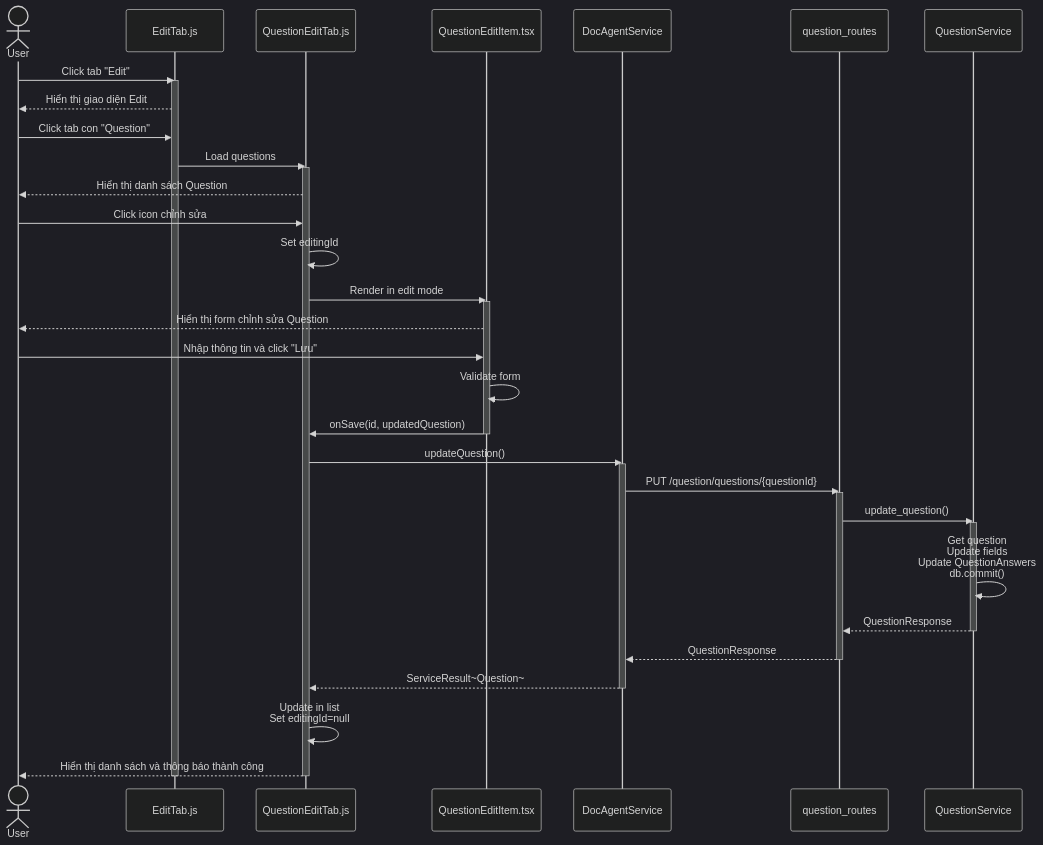
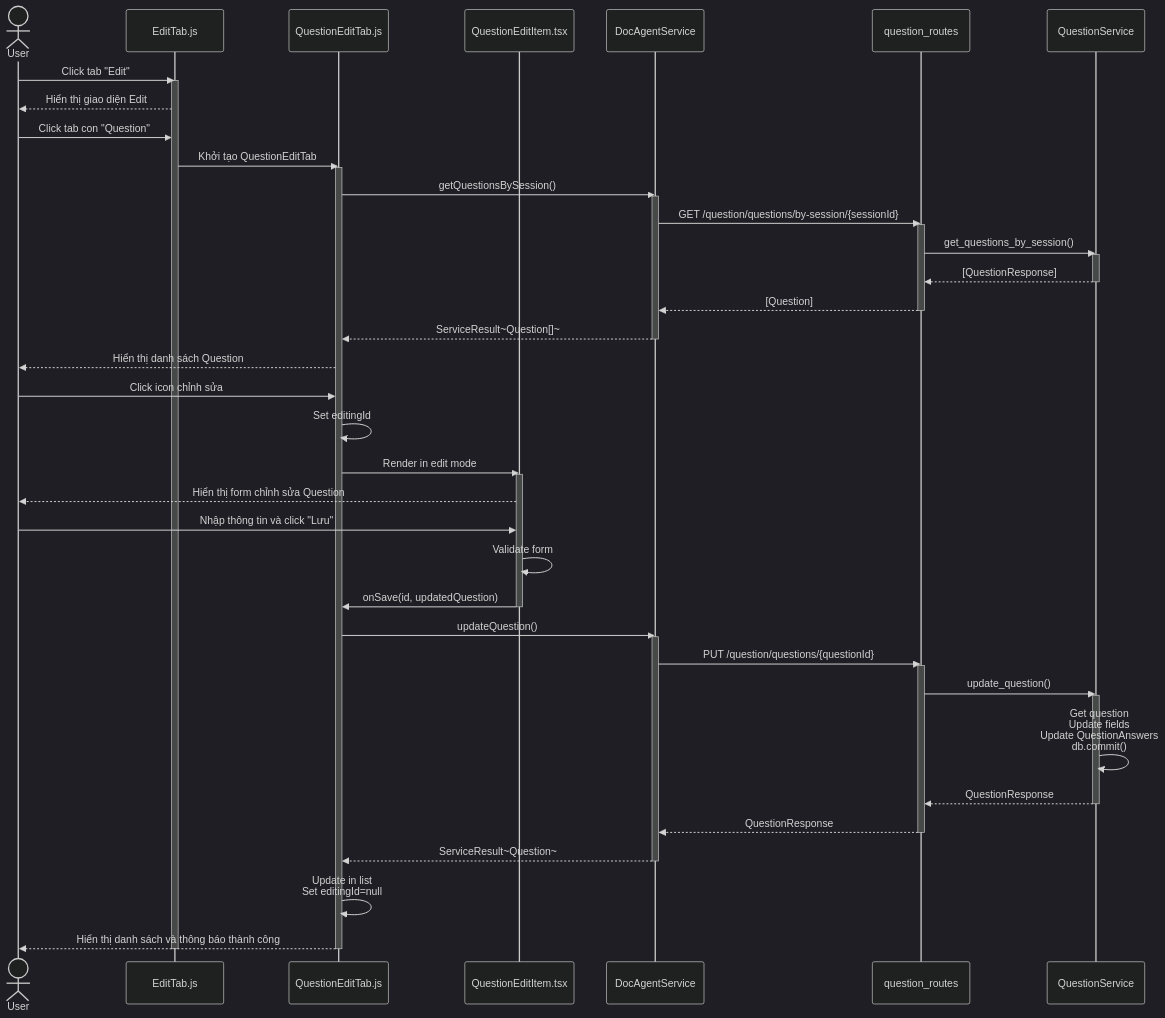
Before and after one commit to mduc-2610/gp_doc: the second of 8 diagrams in question/4_question_management_seq.md, drawn with Mermaid (dark theme). The commit also changed other lines of this file and 12 other files, not shown here.

Commit message:
refactor scenario and sequence

````diff
--- a/question/4_question_management_seq.md
+++ b/question/4_question_management_seq.md
@@ -75,55 +79,69 @@
 ```mermaid
 sequenceDiagram
     actor User
     participant EditTab as EditTab.js
     participant QuestionEditTab as QuestionEditTab.js
     participant QuestionEditItem as QuestionEditItem.tsx
     participant DocAgentService as DocAgentService
     participant QuestionRoutes as question_routes
     participant QuestionService as QuestionService
 
     User->>EditTab: Click tab "Edit"
     activate EditTab
     EditTab-->>User: Hiển thị giao diện Edit
     
     User->>EditTab: Click tab con "Question"
-    EditTab->>QuestionEditTab: Load questions
+    EditTab->>QuestionEditTab: Khởi tạo QuestionEditTab
     activate QuestionEditTab
+    
+    QuestionEditTab->>DocAgentService: getQuestionsBySession()
+    activate DocAgentService
+    DocAgentService->>QuestionRoutes: GET /question/questions/by-session/{sessionId}
+    activate QuestionRoutes
+    QuestionRoutes->>QuestionService: get_questions_by_session()
+    activate QuestionService
+    QuestionService-->>QuestionRoutes: [QuestionResponse]
+    deactivate QuestionService
+    QuestionRoutes-->>DocAgentService: [Question]
+    deactivate QuestionRoutes
+    DocAgentService-->>QuestionEditTab: ServiceResult~Question[]~
+    deactivate DocAgentService
+    
     QuestionEditTab-->>User: Hiển thị danh sách Question
     
     User->>QuestionEditTab: Click icon chỉnh sửa
     QuestionEditTab->>QuestionEditTab: Set editingId
     QuestionEditTab->>QuestionEditItem: Render in edit mode
     activate QuestionEditItem
     QuestionEditItem-->>User: Hiển thị form chỉnh sửa Question
     
     User->>QuestionEditItem: Nhập thông tin và click "Lưu"
     QuestionEditItem->>QuestionEditItem: Validate form
     QuestionEditItem->>QuestionEditTab: onSave(id, updatedQuestion)
     deactivate QuestionEditItem
     
     QuestionEditTab->>DocAgentService: updateQuestion()
     activate DocAgentService
     
     DocAgentService->>QuestionRoutes: PUT /question/questions/{questionId}
     activate QuestionRoutes
     
     QuestionRoutes->>QuestionService: update_question()
     activate QuestionService
     
     QuestionService->>QuestionService: Get question<br/>Update fields<br/>Update QuestionAnswers<br/>db.commit()
     
     QuestionService-->>QuestionRoutes: QuestionResponse
     deactivate QuestionService
     
     QuestionRoutes-->>DocAgentService: QuestionResponse
     deactivate QuestionRoutes
     
     DocAgentService-->>QuestionEditTab: ServiceResult~Question~
     deactivate DocAgentService
     
     QuestionEditTab->>QuestionEditTab: Update in list<br/>Set editingId=null
     QuestionEditTab-->>User: Hiển thị danh sách và thông báo thành công
     deactivate QuestionEditTab
     deactivate EditTab
 ```
````
